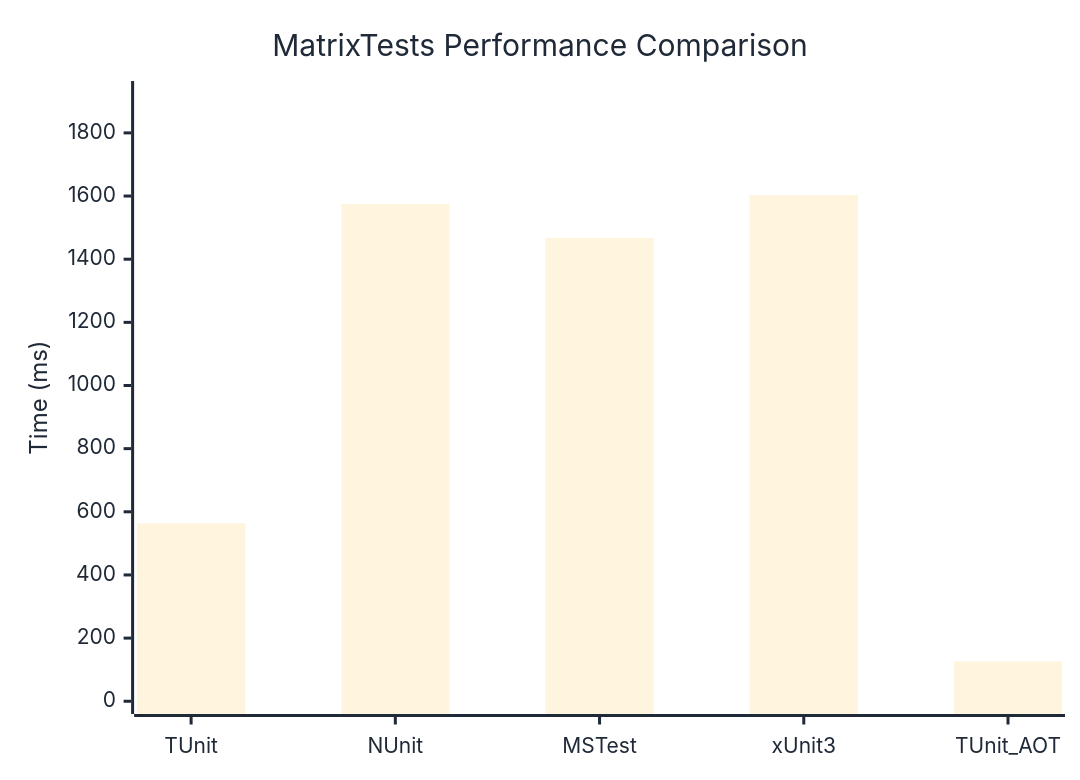
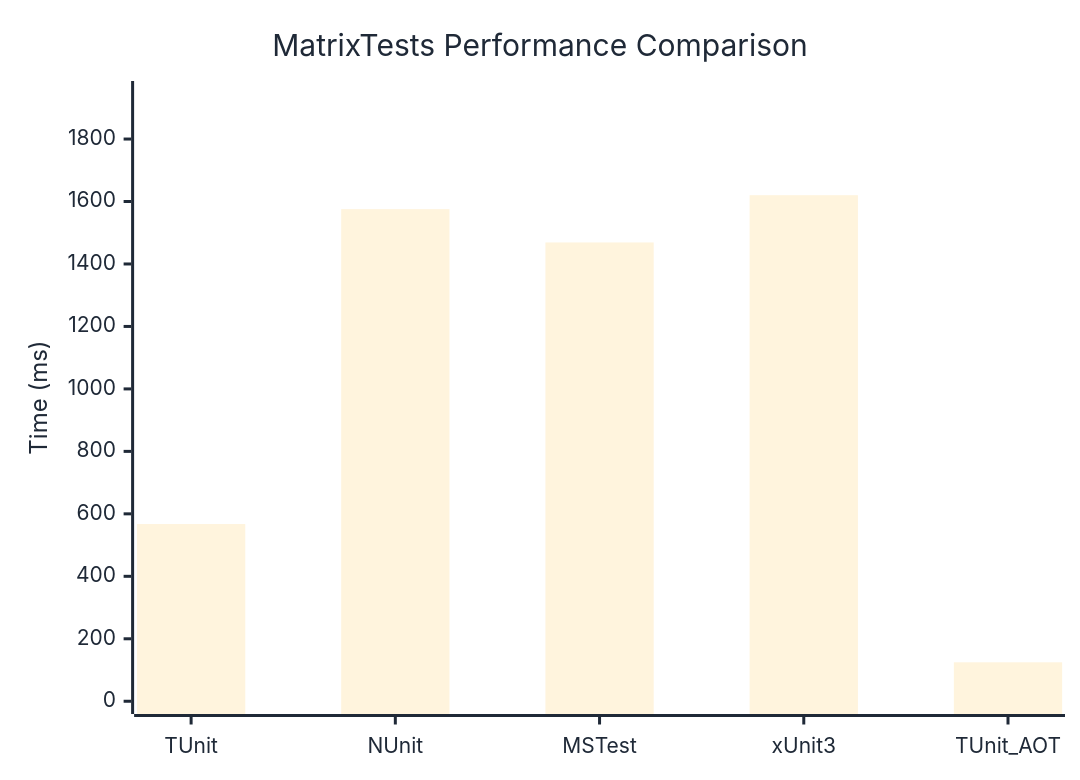
Before and after one commit to thomhurst/TUnit: the diagram in docs/docs/benchmarks/MatrixTests.md, drawn with Mermaid. The commit also changed other lines of this file and 17 other files, not shown here.

````diff
--- a/docs/docs/benchmarks/MatrixTests.md
+++ b/docs/docs/benchmarks/MatrixTests.md
@@ -27,37 +27,37 @@
 ```mermaid
 %%{init: {
   'theme':'base',
   'themeVariables': {
     'primaryColor': '#2563eb',
     'primaryTextColor': '#1f2937',
     'primaryBorderColor': '#1e40af',
     'lineColor': '#6b7280',
     'secondaryColor': '#7c3aed',
     'tertiaryColor': '#dc2626',
     'background': '#ffffff',
     'mainBkg': '#2563eb',
     'secondBkg': '#7c3aed',
     'tertiaryBkg': '#dc2626',
     'clusterBkg': '#f3f4f6',
     'edgeLabelBackground': '#ffffff',
     'tertiaryTextColor': '#1f2937',
     'pie1': '#2563eb',
     'pie2': '#7c3aed',
     'pie3': '#dc2626',
     'pie4': '#f59e0b',
     'pie5': '#10b981',
     'pie6': '#06b6d4',
     'pie7': '#ec4899',
     'pie8': '#6366f1',
     'pie9': '#84cc16',
     'pie10': '#f97316',
     'pie11': '#14b8a6',
     'pie12': '#a855f7'
   }
 }}%%
 xychart-beta
   title "MatrixTests Performance Comparison"
   x-axis ["TUnit", "NUnit", "MSTest", "xUnit3", "TUnit_AOT"]
-  y-axis "Time (ms)" 0 --> 1924
-  bar [563.3, 1575.1, 1467.4, 1603.2, 126.1]
+  y-axis "Time (ms)" 0 --> 1945
+  bar [567.3, 1575.6, 1468.9, 1620.2, 124.7]
 ```
````
